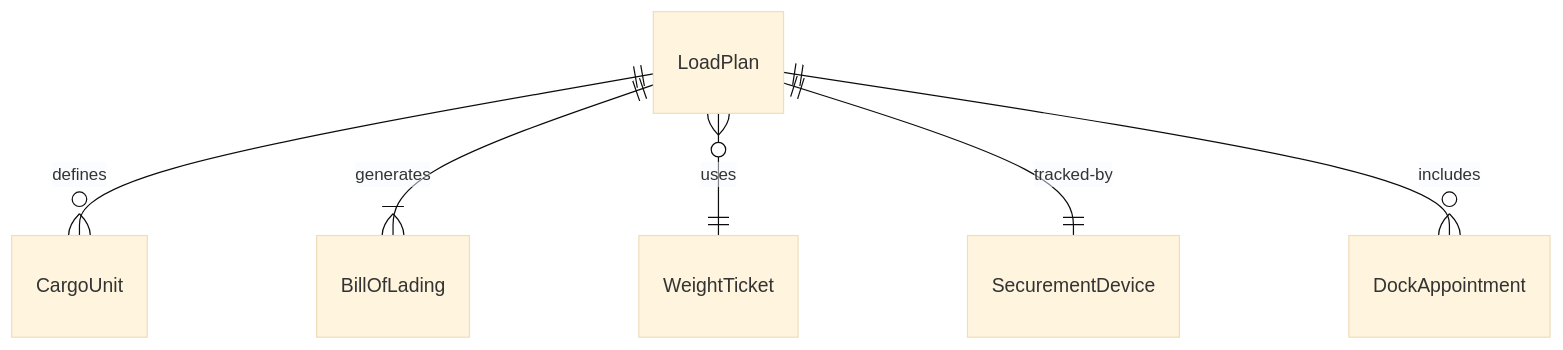
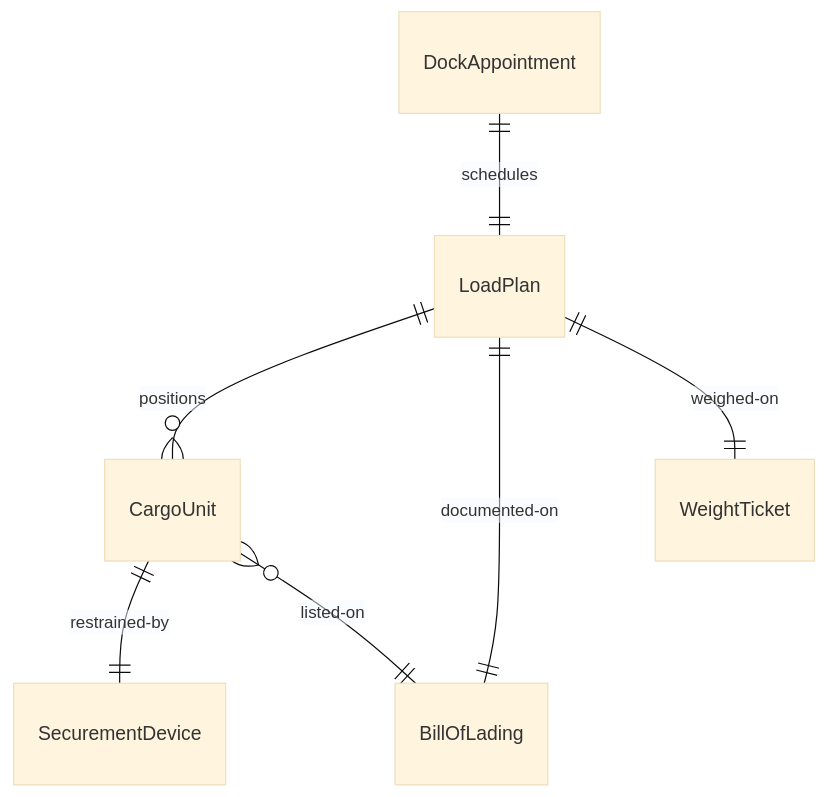
One commit to dot-org-ai/tasks.org.ai changed the first of 4 diagrams in HandlingAndMovingObjects/HandleBaggageOrCargo/LoadUnloadCargo.mdx. Above: the diagram before and after it, drawn with Mermaid (base theme). The commit also changed other lines of this file and 515 other files, not shown here.

````diff
--- a/HandlingAndMovingObjects/HandleBaggageOrCargo/LoadUnloadCargo.mdx
+++ b/HandlingAndMovingObjects/HandleBaggageOrCargo/LoadUnloadCargo.mdx
@@ -89,8 +89,9 @@
 ```mermaid
 erDiagram
-    LoadPlan ||--o{ CargoUnit : "defines"
-    LoadPlan ||--|{ BillOfLading : "generates"
-    LoadPlan }o--|| WeightTicket : "uses"
-    LoadPlan ||--|| SecurementDevice : "tracked-by"
-    LoadPlan ||--o{ DockAppointment : "includes"
+    DockAppointment ||--|| LoadPlan : "schedules"
+    LoadPlan ||--o{ CargoUnit : "positions"
+    CargoUnit ||--|| SecurementDevice : "restrained-by"
+    LoadPlan ||--|| BillOfLading : "documented-on"
+    LoadPlan ||--|| WeightTicket : "weighed-on"
+    CargoUnit }o--|| BillOfLading : "listed-on"
 ```
````
